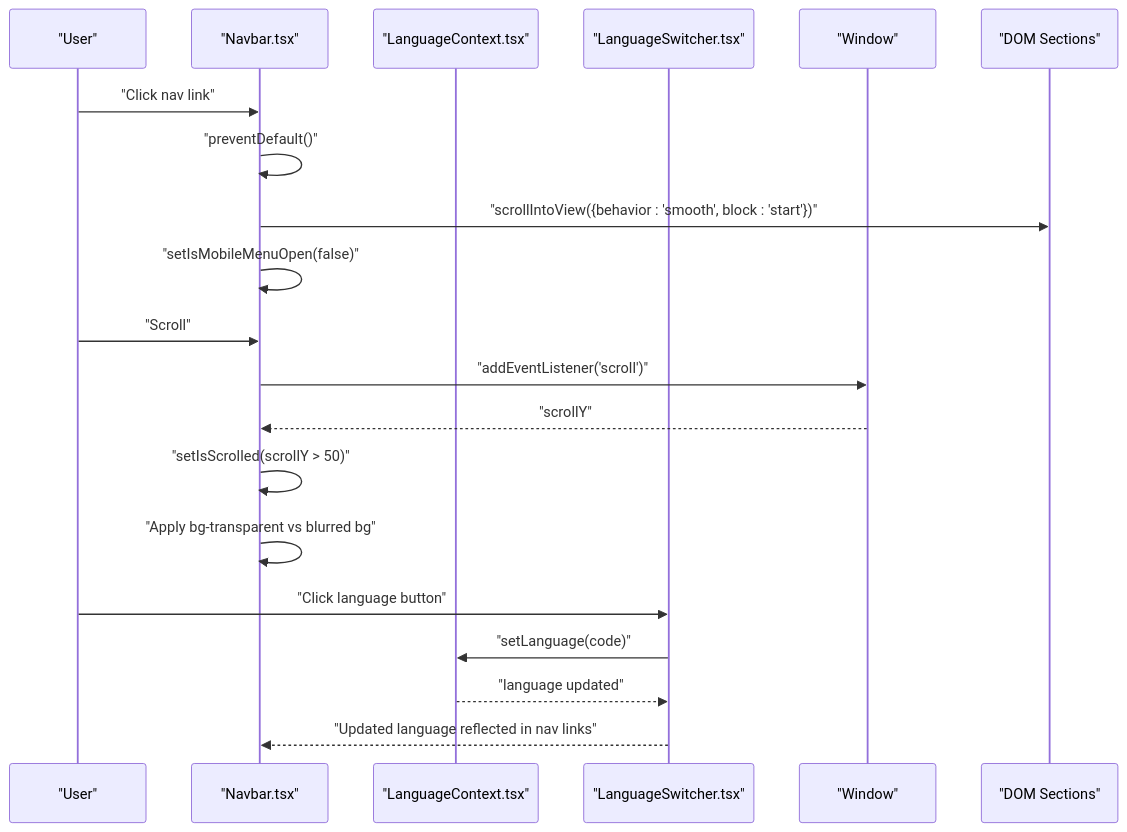
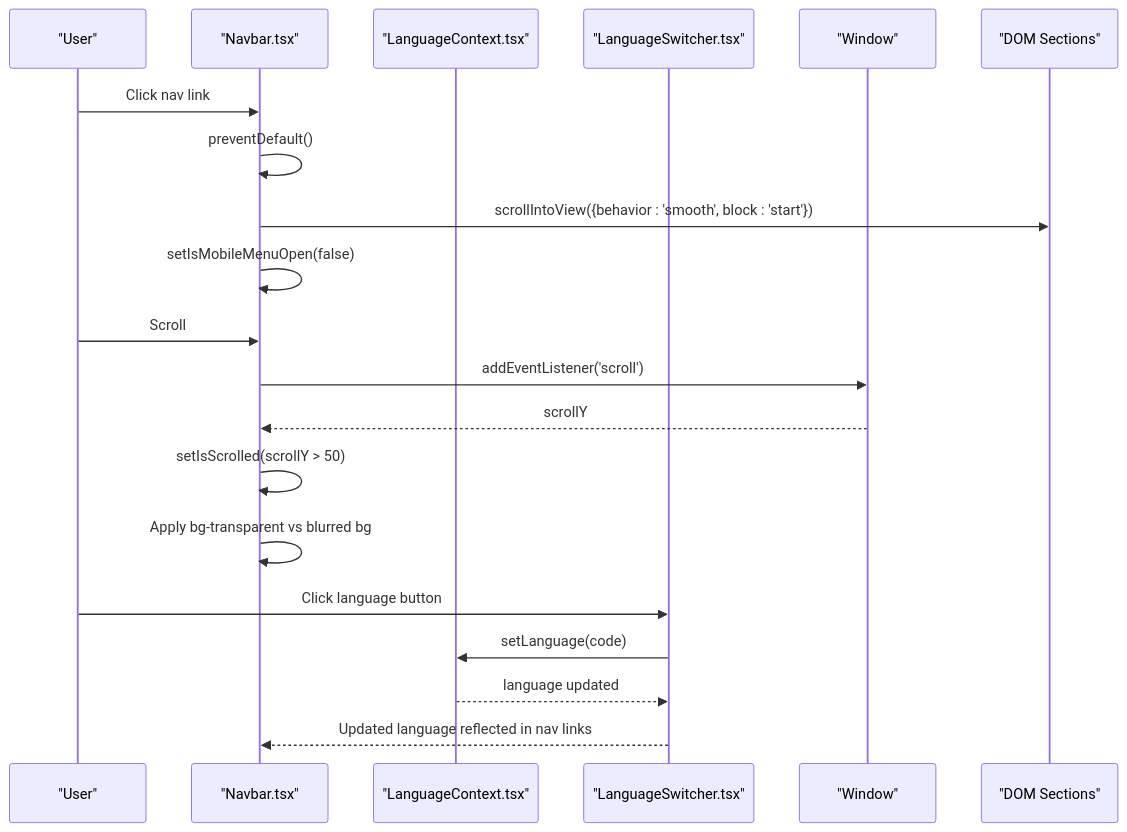
One commit to mohjak/sc-dof changed the second of 4 diagrams in .qoder/repowiki/en/content/Component Reference/Custom Components/Navigation Bar.md. Above: the diagram before and after it, drawn with Mermaid. The commit also changed other lines of this file and 68 other files, not shown here.

First line of the commit message:
docs(docs): update component architecture docs with markdown formatting fixes

````diff
--- a/.qoder/repowiki/en/content/Component Reference/Custom Components/Navigation Bar.md
+++ b/.qoder/repowiki/en/content/Component Reference/Custom Components/Navigation Bar.md
@@ -93,22 +91,22 @@
 ```mermaid
 sequenceDiagram
 participant User as "User"
 participant Navbar as "Navbar.tsx"
 participant LangCtx as "LanguageContext.tsx"
 participant LangSwitcher as "LanguageSwitcher.tsx"
 participant Window as "Window"
 participant DOM as "DOM Sections"
-User->>Navbar : "Click nav link"
-Navbar->>Navbar : "preventDefault()"
-Navbar->>DOM : "scrollIntoView({behavior : 'smooth', block : 'start'})"
-Navbar->>Navbar : "setIsMobileMenuOpen(false)"
-User->>Navbar : "Scroll"
-Navbar->>Window : "addEventListener('scroll')"
-Window-->>Navbar : "scrollY"
-Navbar->>Navbar : "setIsScrolled(scrollY > 50)"
-Navbar->>Navbar : "Apply bg-transparent vs blurred bg"
-User->>LangSwitcher : "Click language button"
-LangSwitcher->>LangCtx : "setLanguage(code)"
-LangCtx-->>LangSwitcher : "language updated"
-LangSwitcher-->>Navbar : "Updated language reflected in nav links"
+User->>Navbar : Click nav link
+Navbar->>Navbar : preventDefault()
+Navbar->>DOM : scrollIntoView({behavior : 'smooth', block : 'start'})
+Navbar->>Navbar : setIsMobileMenuOpen(false)
+User->>Navbar : Scroll
+Navbar->>Window : addEventListener('scroll')
+Window-->>Navbar : scrollY
+Navbar->>Navbar : setIsScrolled(scrollY > 50)
+Navbar->>Navbar : Apply bg-transparent vs blurred bg
+User->>LangSwitcher : Click language button
+LangSwitcher->>LangCtx : setLanguage(code)
+LangCtx-->>LangSwitcher : language updated
+LangSwitcher-->>Navbar : Updated language reflected in nav links
 ```
````
